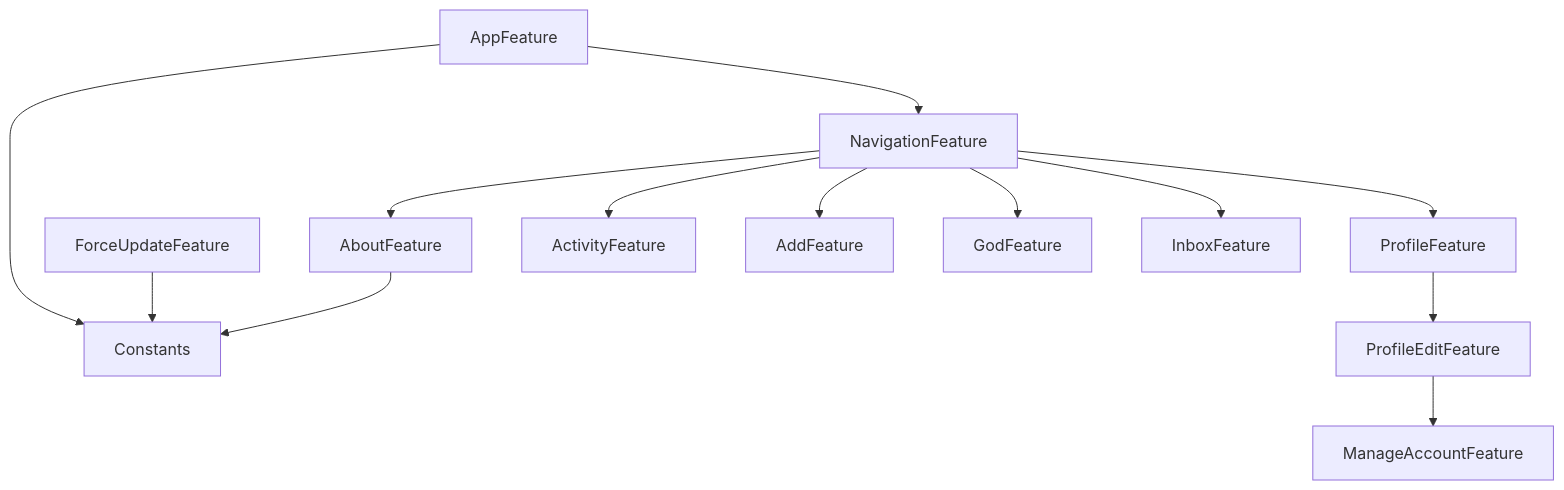
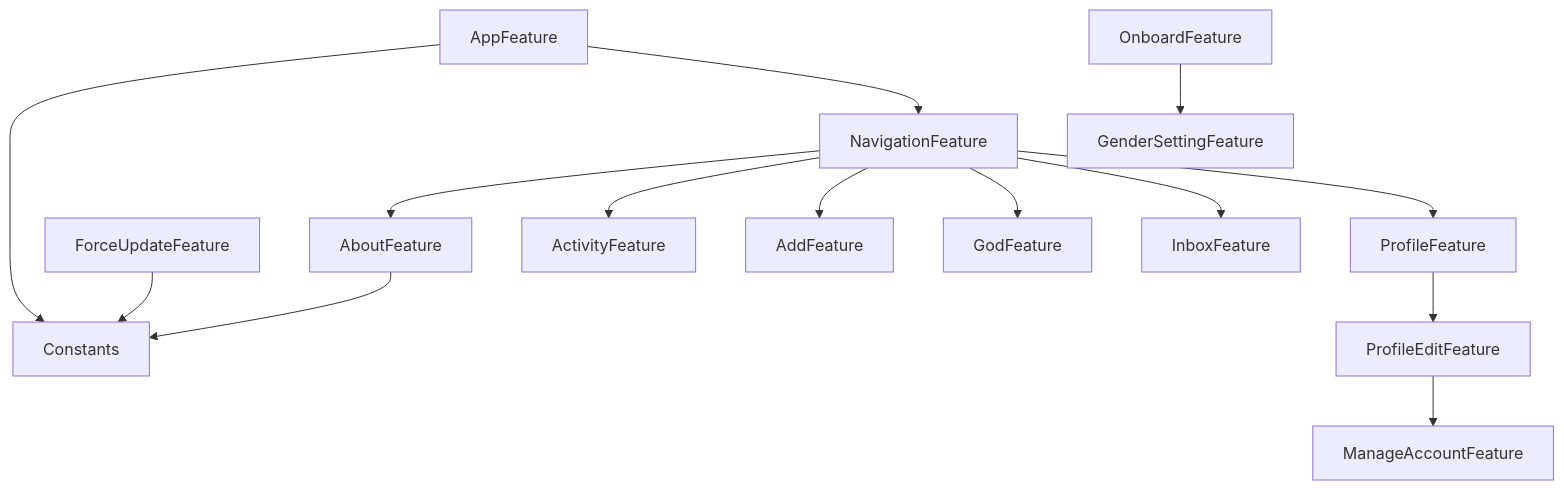
The diagram in Packages/GodPackage/README.md (0x1-company/god-ios), drawn with Mermaid before and after one commit.

Commit message:
Run dgraph

````diff
--- a/Packages/GodPackage/README.md
+++ b/Packages/GodPackage/README.md
@@ -6,15 +6,16 @@
 ```mermaid
 graph TD;
     AboutFeature-->Constants;
     AppFeature-->Constants;
     AppFeature-->NavigationFeature;
     ForceUpdateFeature-->Constants;
     NavigationFeature-->AboutFeature;
     NavigationFeature-->ActivityFeature;
     NavigationFeature-->AddFeature;
     NavigationFeature-->GodFeature;
     NavigationFeature-->InboxFeature;
     NavigationFeature-->ProfileFeature;
+    OnboardFeature-->GenderSettingFeature;
     ProfileEditFeature-->ManageAccountFeature;
     ProfileFeature-->ProfileEditFeature;
 ```
````
